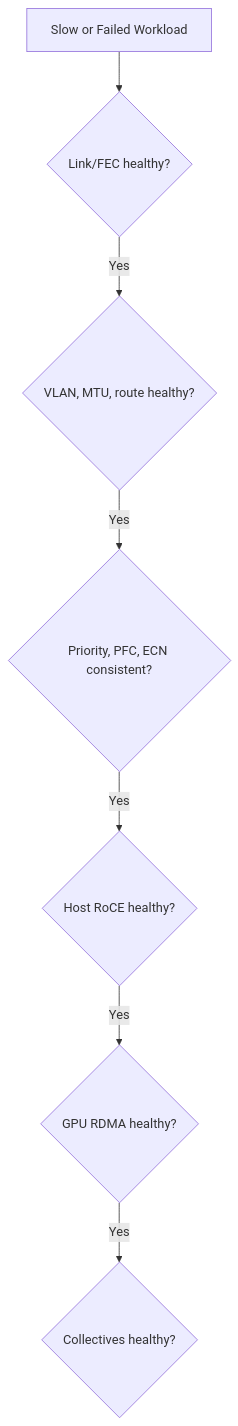
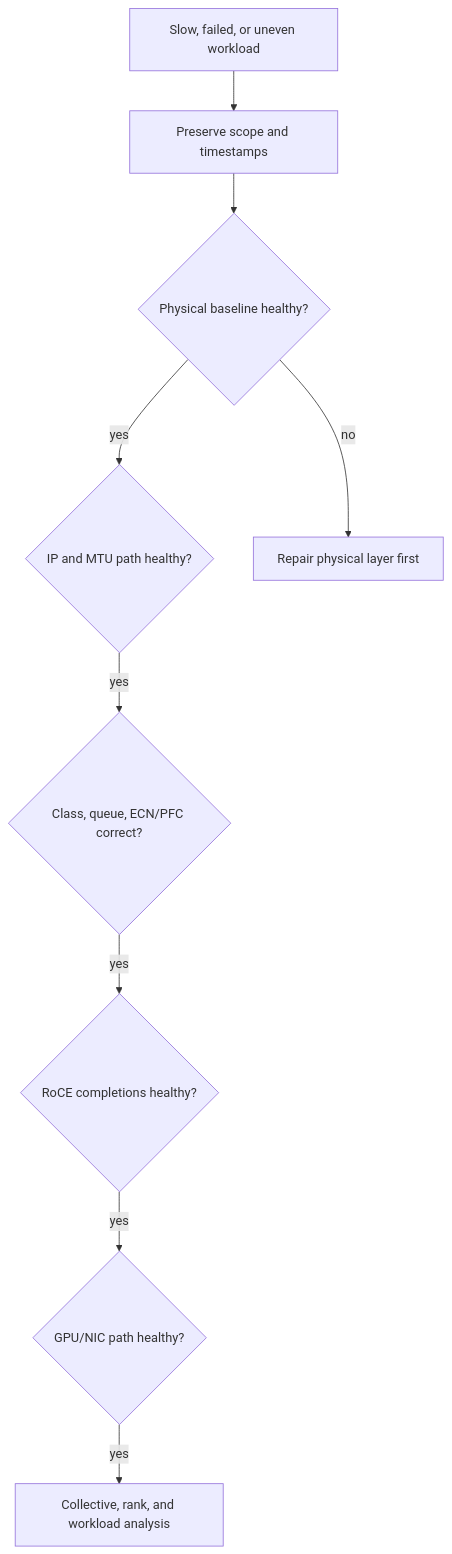
The diagram in docs/nvidia-zero-to-hero/volume-09/chapter-11-production-troubleshooting.md (jithinpnjm/nvidia-devops), drawn with Mermaid before and after one commit. The commit also changed other lines of this file and 2 other files, not shown here.

````diff
--- a/docs/nvidia-zero-to-hero/volume-09/chapter-11-production-troubleshooting.md
+++ b/docs/nvidia-zero-to-hero/volume-09/chapter-11-production-troubleshooting.md
@@ -18,16 +25,11 @@
 ```mermaid
 flowchart TD
-    App[Slow or Failed Workload]
-    Phys{Link/FEC healthy?}
-    IP{VLAN, MTU, route healthy?}
-    QoS{Priority, PFC, ECN consistent?}
-    RDMA{Host RoCE healthy?}
-    GDR{GPU RDMA healthy?}
-    Coll{Collectives healthy?}
-    App --> Phys
-    Phys -- Yes --> IP
-    IP -- Yes --> QoS
-    QoS -- Yes --> RDMA
-    RDMA -- Yes --> GDR
-    GDR -- Yes --> Coll
+ S[Slow, failed, or uneven workload] --> E[Preserve scope and timestamps]
+ E --> P{Physical baseline healthy?}
+ P -->|yes| I{IP and MTU path healthy?}
+ I -->|yes| Q{Class, queue, ECN/PFC correct?}
+ Q -->|yes| R{RoCE completions healthy?}
+ R -->|yes| G{GPU/NIC path healthy?}
+ G -->|yes| C[Collective, rank, and workload analysis]
+ P -->|no| X[Repair physical layer first]
 ```
````
